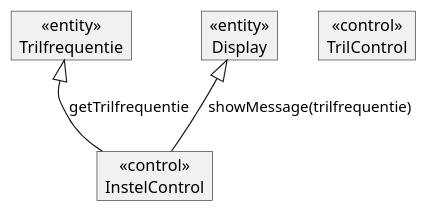
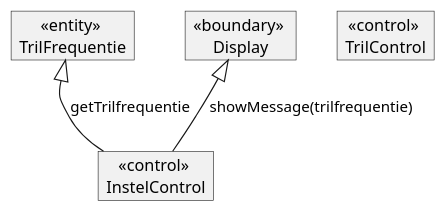
Before and after one commit to HU-TI-DEV/TI-S3: the seventh of 20 diagrams in software/modelleren/plantuml/plantuml.md, drawn with PlantUML. The commit also changed other lines of this file and 29 other files, not shown here.

````diff
--- a/software/modelleren/plantuml/plantuml.md
+++ b/software/modelleren/plantuml/plantuml.md
@@ -81,15 +84,15 @@
 ```plantuml
 @startuml
 
 hide attributes
-hide methods
-object "<<control>>\nInstelControl" as O1
-object "<<control>>\nTrilControl" as O2
-object "<<entity>>\nTrilfrequentie" as O3
-object "<<entity>>\nDisplay" as O4
 
-O3<|-- O1 : getTrilfrequentie
-O4<|-- O1 : showMessage(trilfrequentie)
+object "<<entity>> \nTrilFrequentie" as O1
+object "<<control>> \nTrilControl" as O2
+object "<<control>> \nInstelControl" as O4
+object "<<boundary>> \nDisplay" as O9
+
+O1 <|-- O4 : getTrilfrequentie
+O9 <|-- O4 : showMessage(trilfrequentie)
 
 @enduml
 ```
````
